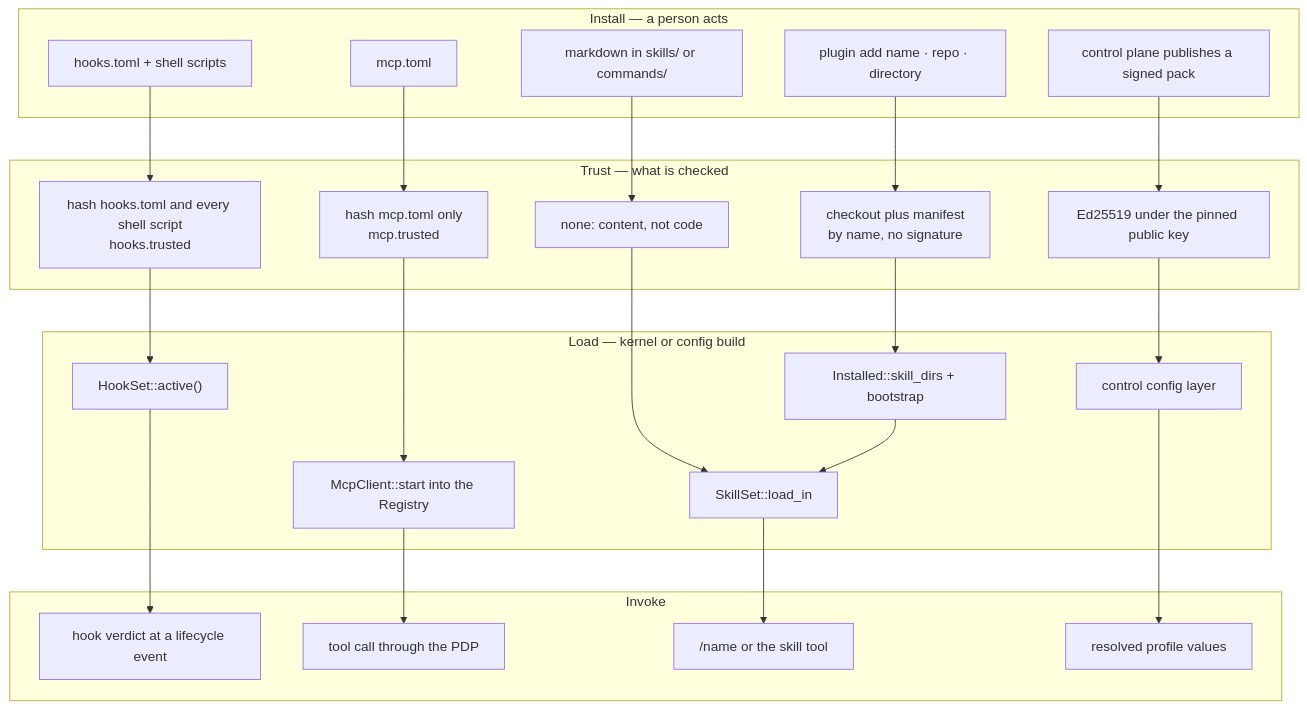
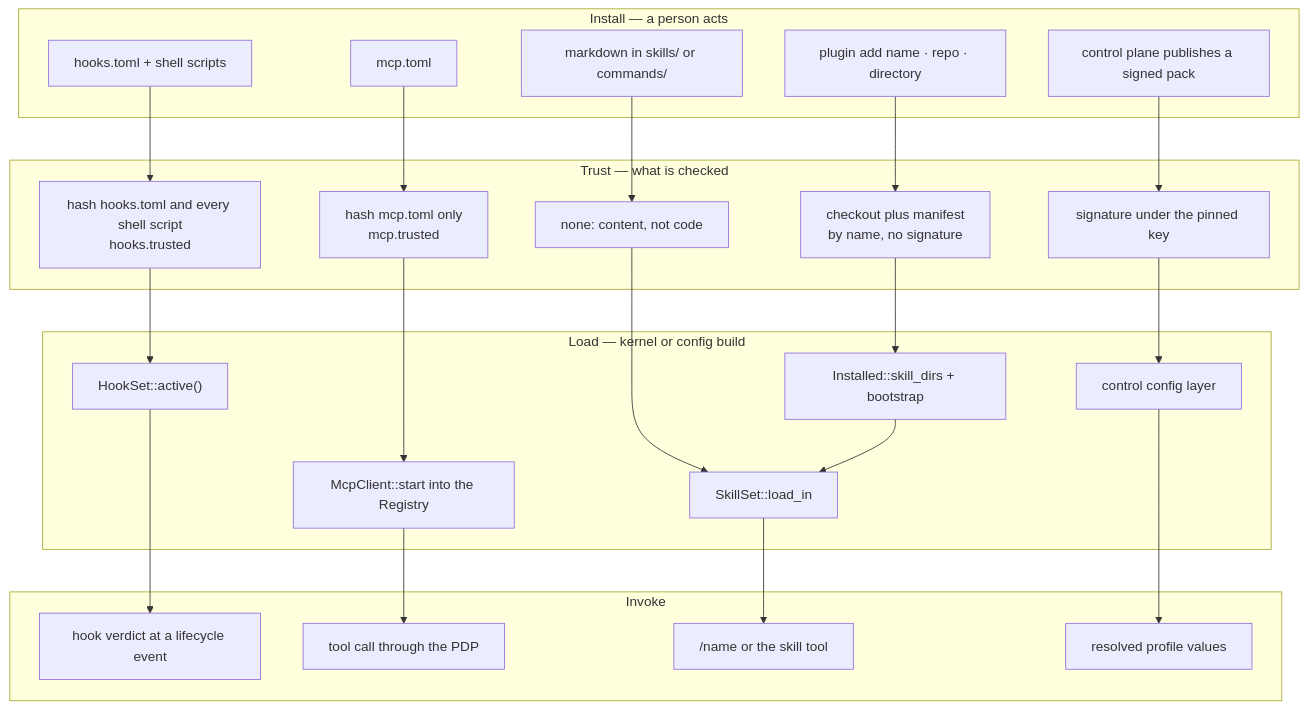
Before and after one commit to fengchangfight/loongagent: the diagram in docs/design/extension-model.md, drawn with Mermaid. The commit also changed other lines of this file and 3 other files, not shown here.

````diff
--- a/docs/design/extension-model.md
+++ b/docs/design/extension-model.md
@@ -158,35 +165,35 @@
 ```mermaid
 flowchart TD
     subgraph install["Install — a person acts"]
         IH["hooks.toml + shell scripts"]
         IM["mcp.toml"]
         IS["markdown in skills/ or commands/"]
         IP["plugin add name · repo · directory"]
         IC["control plane publishes a signed pack"]
     end
     subgraph trust["Trust — what is checked"]
         TH["hash hooks.toml and every shell script<br/>hooks.trusted"]
         TM["hash mcp.toml only<br/>mcp.trusted"]
         TS["none: content, not code"]
         TP["checkout plus manifest<br/>by name, no signature"]
-        TC["Ed25519 under the pinned public key"]
+        TC["signature under the pinned key"]
     end
     subgraph load["Load — kernel or config build"]
         LH["HookSet::active()"]
         LM["McpClient::start into the Registry"]
         LS["SkillSet::load_in"]
         LP["Installed::skill_dirs + bootstrap"]
         LC["control config layer"]
     end
     subgraph invoke["Invoke"]
         VH["hook verdict at a lifecycle event"]
         VM["tool call through the PDP"]
         VS["/name or the skill tool"]
         VP["resolved profile values"]
     end
     IH --> TH --> LH --> VH
     IM --> TM --> LM --> VM
     IS --> TS --> LS --> VS
     IP --> TP --> LP --> LS
     IC --> TC --> LC --> VP
 ```
````
